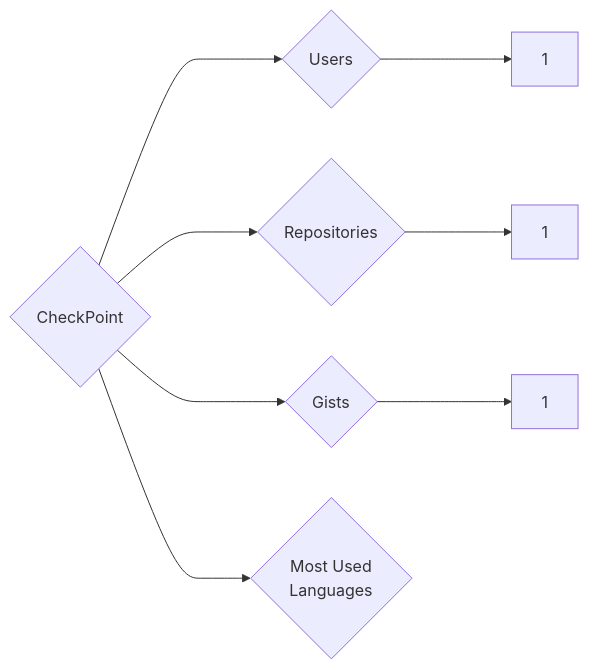
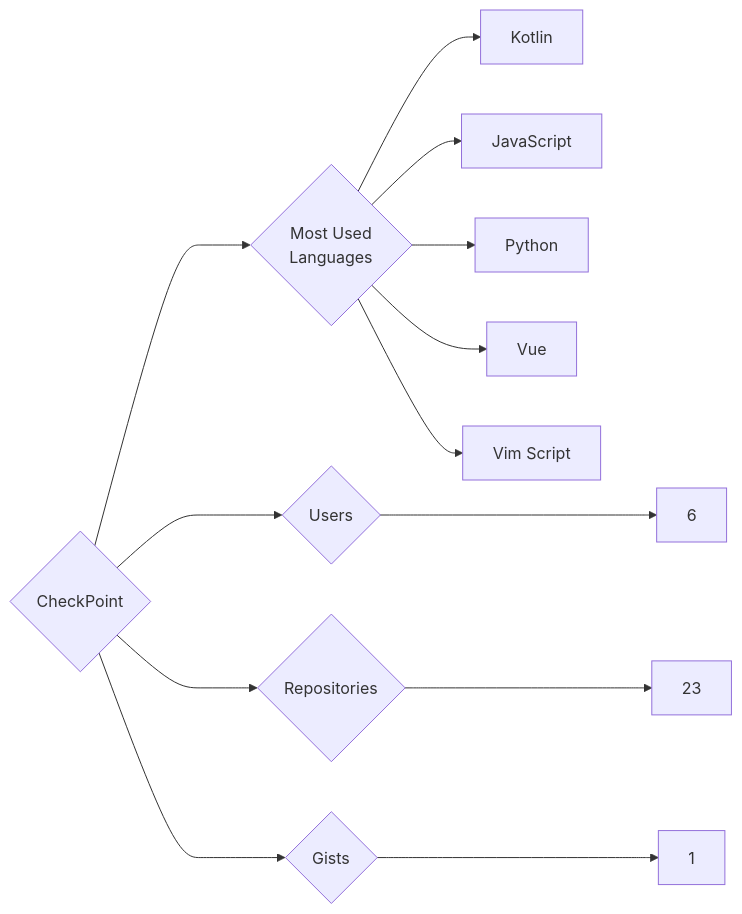
Before and after one commit to trickest/insiders: the diagram in targets/CheckPoint/README.md, drawn with Mermaid. The commit also changed 1055 other files, not shown here.

````diff
--- a/targets/CheckPoint/README.md
+++ b/targets/CheckPoint/README.md
@@ -3,8 +3,13 @@
 ```mermaid
 graph LR
 COMPANY_NAME{CheckPoint}
-COMPANY_NAME ---> U{Users} ---> UN[1]
-COMPANY_NAME ---> R{Repositories} ---> RN[1]
+COMPANY_NAME ---> U{Users} ---> UN[6]
+COMPANY_NAME ---> R{Repositories} ---> RN[23]
 COMPANY_NAME ---> G{Gists} ---> GN[1]
 COMPANY_NAME ---> ML{Most Used<br>Languages}
+ML --> Kotlin[Kotlin]
+ML --> JavaScript[JavaScript]
+ML --> Python[Python]
+ML --> Vue[Vue]
+ML --> Vim_Script[Vim Script]
 ```
````
